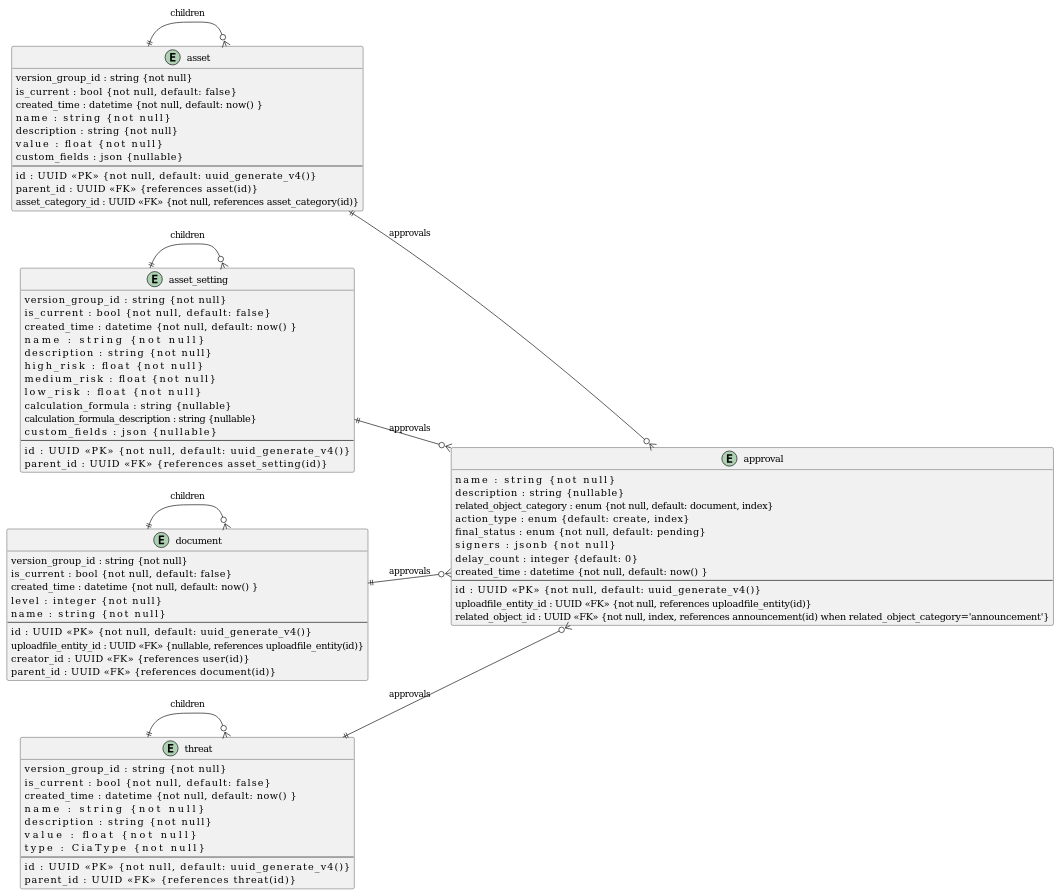
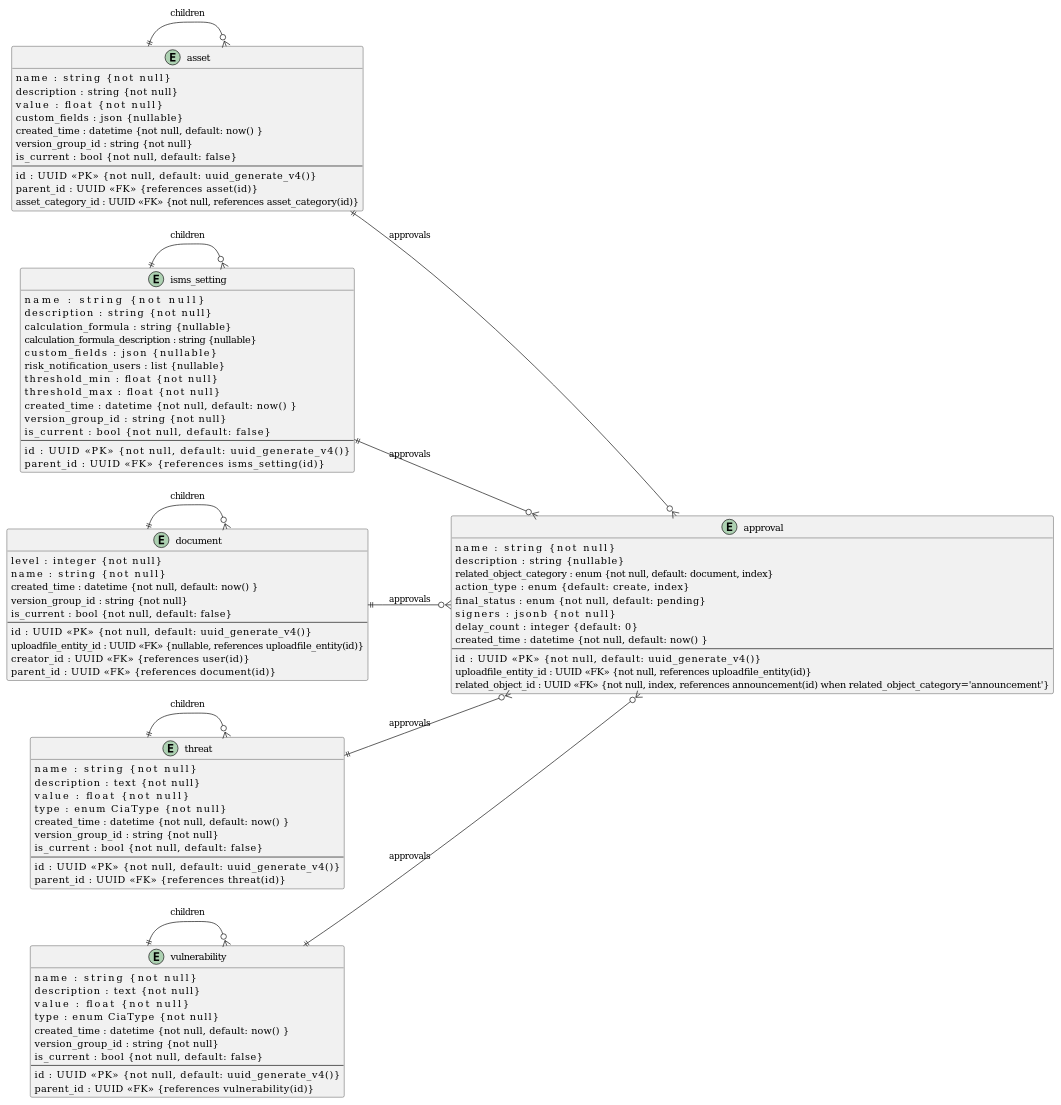
The diagram in plantUML/database/model/approval/approval_2.puml (walle45611/NTUB_SecuManag_Diagram), drawn with PlantUML before and after one commit. The commit also changed 14 other files, not shown here.

```diff
--- a/plantUML/database/model/approval/approval_2.puml
+++ b/plantUML/database/model/approval/approval_2.puml
@@ -1,84 +1,99 @@
 @startuml
 ' skinparam linetype ortho
 left to right direction
 
 entity "approval" as APV {
     name                    : string    {not null}
     description             : string    {nullable}
     related_object_category : enum      {not null, default: document, index}
     action_type             : enum      {default: create, index}
     final_status            : enum      {not null, default: pending}
     signers                 : jsonb     {not null}
     delay_count             : integer   {default: 0}
     created_time            : datetime  {not null, default: now() }
     --
     id                      : UUID      <<PK>>  {not null, default: uuid_generate_v4()}
     uploadfile_entity_id    : UUID      <<FK>>  {not null, references uploadfile_entity(id)}
     related_object_id       : UUID      <<FK>>  {not null, index, references announcement(id) when related_object_category='announcement'}
 }
 
 entity "asset" as AST {
-    version_group_id      : string    {not null}
-    is_current            : bool      {not null, default: false}
-    created_time          : datetime  {not null, default: now() }
     name                  : string    {not null}
     description           : string    {not null}
     value                 : float     {not null}
     custom_fields         : json      {nullable}
+    created_time          : datetime  {not null, default: now() }
+    version_group_id      : string    {not null}
+    is_current            : bool      {not null, default: false}
     --
     id                    : UUID      <<PK>>  {not null, default: uuid_generate_v4()}
     parent_id             : UUID      <<FK>>  {references asset(id)}
     asset_category_id     : UUID      <<FK>>  {not null, references asset_category(id)}
 }
 AST ||--o{ AST : children
 AST ||--o{ APV : approvals
 
-entity "asset_setting" as ASTS {
-    version_group_id                : string    {not null}
-    is_current                      : bool      {not null, default: false}
-    created_time                    : datetime  {not null, default: now() }
+entity "isms_setting" as ISMSS {
     name                            : string    {not null}
     description                     : string    {not null}
-    high_risk                       : float     {not null}
-    medium_risk                     : float     {not null}
-    low_risk                        : float     {not null}
     calculation_formula             : string    {nullable}
     calculation_formula_description : string    {nullable}
     custom_fields                   : json      {nullable}
+    risk_notification_users         : list      {nullable}
+    threshold_min                   : float     {not null}
+    threshold_max                   : float     {not null}
+    created_time                    : datetime  {not null, default: now() }
+    version_group_id                : string    {not null}
+    is_current                      : bool      {not null, default: false}
     --
     id                              : UUID      <<PK>>  {not null, default: uuid_generate_v4()}
-    parent_id                       : UUID      <<FK>>  {references asset_setting(id)}
+    parent_id                       : UUID      <<FK>>  {references isms_setting(id)}
 }
-ASTS ||--o{ ASTS : children
-ASTS ||--o{ APV : approvals
+ISMSS ||--o{ ISMSS : children
+ISMSS ||--o{ APV : approvals
 
 entity "document" as DOC {
+    level                 : integer   {not null}
+    name                  : string    {not null}
+    created_time          : datetime  {not null, default: now() }
     version_group_id      : string    {not null}
     is_current            : bool      {not null, default: false}
-    created_time          : datetime  {not null, default: now() }
-    level                 : integer   {not null}
-    name                  : string    {not null}
     --
     id                    : UUID      <<PK>>  {not null, default: uuid_generate_v4()}
     uploadfile_entity_id  : UUID      <<FK>>  {nullable, references uploadfile_entity(id)}
     creator_id            : UUID      <<FK>>  {references user(id)}
     parent_id             : UUID      <<FK>>  {references document(id)}
 }
 DOC ||--o{ DOC : children
 DOC ||--o{ APV : approvals
 
 entity "threat" as THR {
-    version_group_id                : string    {not null}
-    is_current                      : bool      {not null, default: false}
-    created_time                    : datetime  {not null, default: now() }
-    name                            : string    {not null}
-    description                     : string    {not null}
-    value                           : float     {not null}
-    type                            : CiaType   {not null}
+    name                    : string     {not null}
+    description             : text       {not null}
+    value                   : float      {not null}
+    type                    : enum CiaType    {not null}
+    created_time            : datetime   {not null, default: now() }
+    version_group_id        : string     {not null}
+    is_current              : bool       {not null, default: false}
     --
-    id                              : UUID      <<PK>>  {not null, default: uuid_generate_v4()}
-    parent_id                       : UUID      <<FK>>  {references threat(id)}
+    id                      : UUID       <<PK>> {not null, default: uuid_generate_v4()}
+    parent_id               : UUID       <<FK>> {references threat(id)}
 }
 THR ||--o{ THR : children
 THR ||--o{ APV : approvals
+
+entity "vulnerability" as VUL {
+    name                    : string     {not null}
+    description             : text       {not null}
+    value                   : float      {not null}
+    type                    : enum CiaType {not null}
+    created_time            : datetime   {not null, default: now() }
+    version_group_id        : string     {not null}
+    is_current              : bool       {not null, default: false}
+    --
+    id                      : UUID       <<PK>> {not null, default: uuid_generate_v4()}
+    parent_id               : UUID       <<FK>> {references vulnerability(id)}
+}
+VUL ||--o{ VUL : children
+VUL ||--o{ APV : approvals
 @enduml
```
